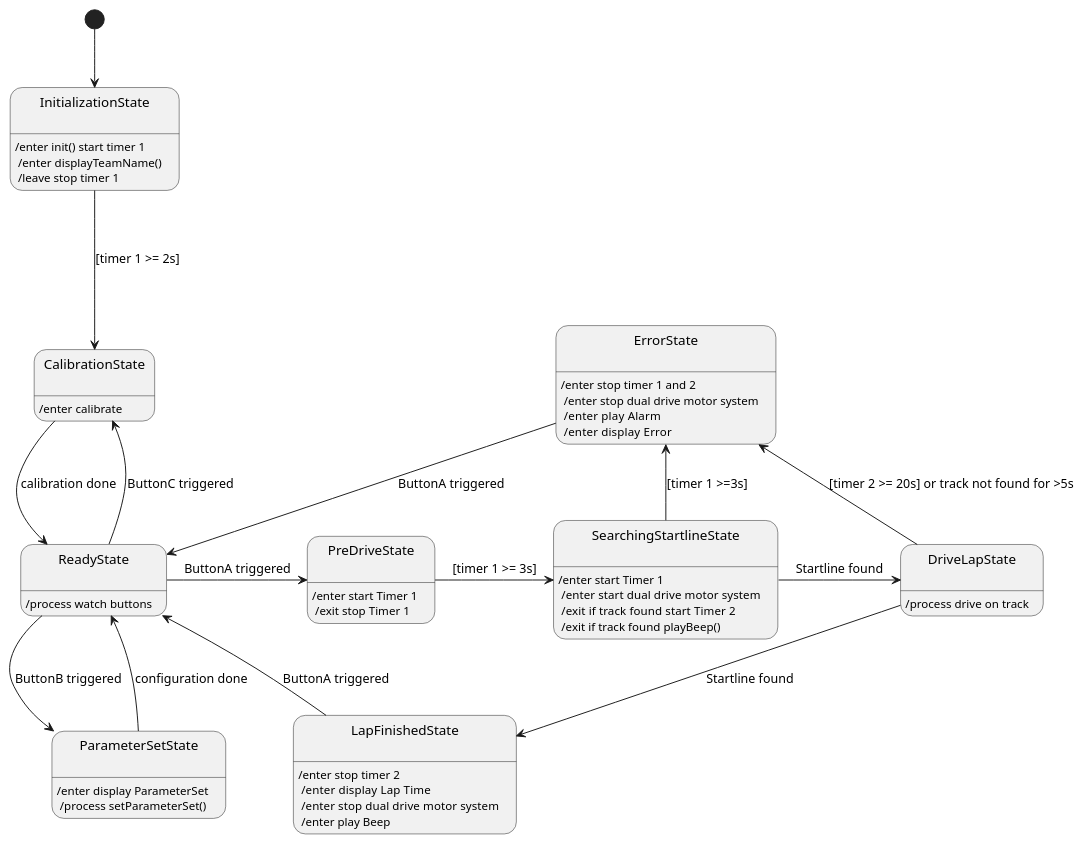
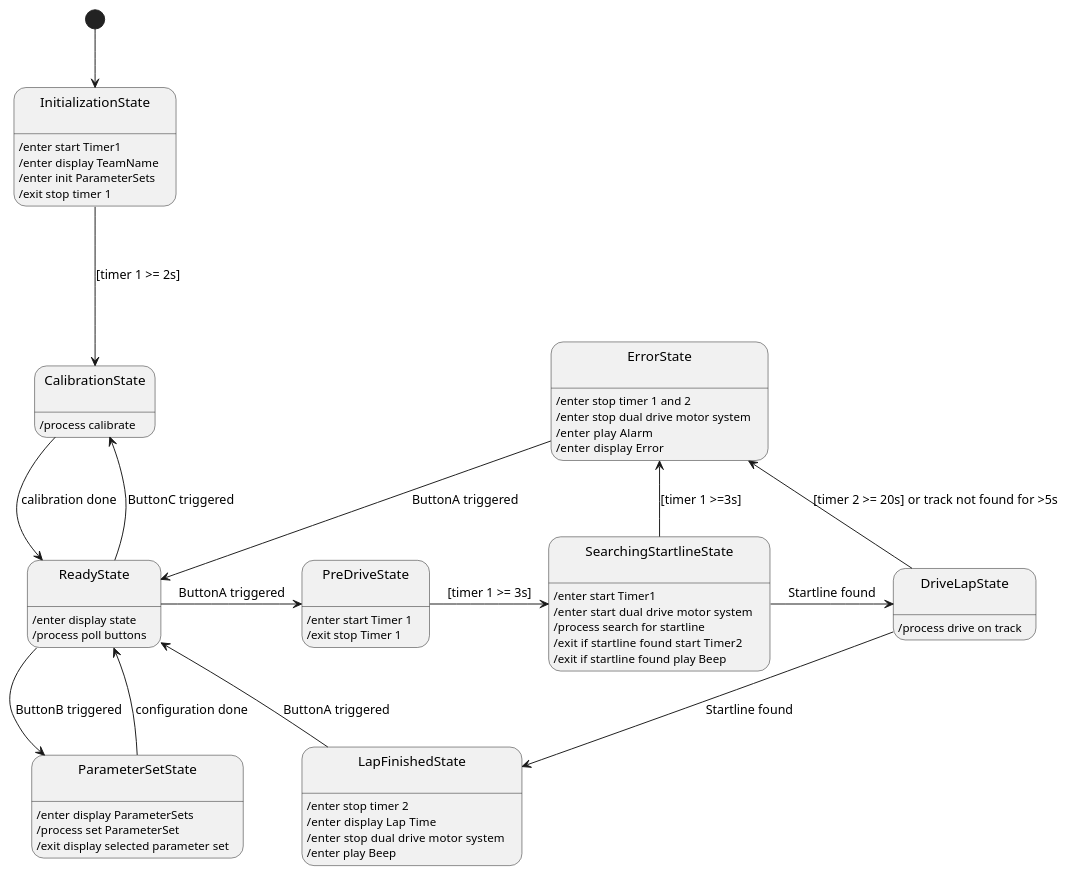
The diagram in Task 3/system/UML/State Diagram/Statediagram.puml (Jordan5652/Line-Follower-Software-for-Pololu-Zumo32U4), drawn with PlantUML before and after one commit. The commit also changed 1 other file, not shown here.

Commit message:
updates to StateDiagram

```diff
--- a/Task 3/system/UML/State Diagram/Statediagram.puml
+++ b/Task 3/system/UML/State Diagram/Statediagram.puml
@@ -1,30 +1,30 @@
 @startuml stateDiagram
 [*] --> State1
 
-state State1 as "InitializationState\n": /enter init() start timer 1 \n /enter displayTeamName() \n /leave stop timer 1
-state State2 as "ReadyState\n": /process watch buttons
-state State3 as "CalibrationState\n": /enter calibrate
-state State4 as "ParameterSetState\n": /enter display ParameterSet \n /process setParameterSet()
-state State5 as "SearchingStartlineState\n": /enter start Timer 1 \n /enter  start dual drive motor system \n /exit if track found  start Timer 2\n /exit if track found playBeep()
+state State1 as "InitializationState\n": /enter start Timer1 \n/enter display TeamName \n/enter init ParameterSets \n/exit stop timer 1
+state State2 as "ReadyState\n": /enter display state \n/process poll buttons
+state State3 as "CalibrationState\n": /process calibrate
+state State4 as "ParameterSetState\n": /enter display ParameterSets \n/process set ParameterSet\n/exit display selected parameter set
+state State5 as "SearchingStartlineState\n": /enter start Timer1 \n/enter  start dual drive motor system \n/process search for startline \n/exit if startline found  start Timer2\n/exit if startline found play Beep
 state State6 as "DriveLapState\n": /process drive on track
-state State7 as "LapFinishedState\n": /enter stop timer 2 \n /enter  display Lap Time \n /enter  stop dual drive motor system \n /enter play Beep
-state State9 as "ErrorState\n": /enter stop timer 1 and 2 \n /enter stop dual drive motor system \n /enter  play Alarm \n /enter  display Error
-state State10 as "PreDriveState\n": /enter start Timer 1 \n /exit stop Timer 1
+state State7 as "LapFinishedState\n": /enter stop timer 2 \n/enter  display Lap Time \n/enter  stop dual drive motor system \n/enter play Beep
+state State9 as "ErrorState\n": /enter stop timer 1 and 2 \n/enter stop dual drive motor system \n/enter  play Alarm \n/enter  display Error
+state State10 as "PreDriveState\n": /enter start Timer 1 \n/exit stop Timer 1
 
 
 State1 -down--> State3 : [timer 1 >= 2s]
 State2 -up-> State3 : ButtonC triggered 
 State2 -down-> State4 : ButtonB triggered
 State2 -right-> State10 : ButtonA triggered
-State10 -right-> State5 : [timer 1 >= 3s] 
+State10 -right-> State5 : [timer 1 >= 3s]
 State2 <-down- State3 : calibration done
 State2 <-left- State4 : configuration done
 
 
 State5 -right-> State6 : Startline found
 State6 -down-> State7 : Startline found
 State6 -up-> State9 : [timer 2 >= 20s] or track not found for >5s
 State7 -down-> State2 : ButtonA triggered 
 State5 --> State9 : [timer 1 >=3s]
 State9 -down-> State2 : ButtonA triggered 
 @enduml
```
